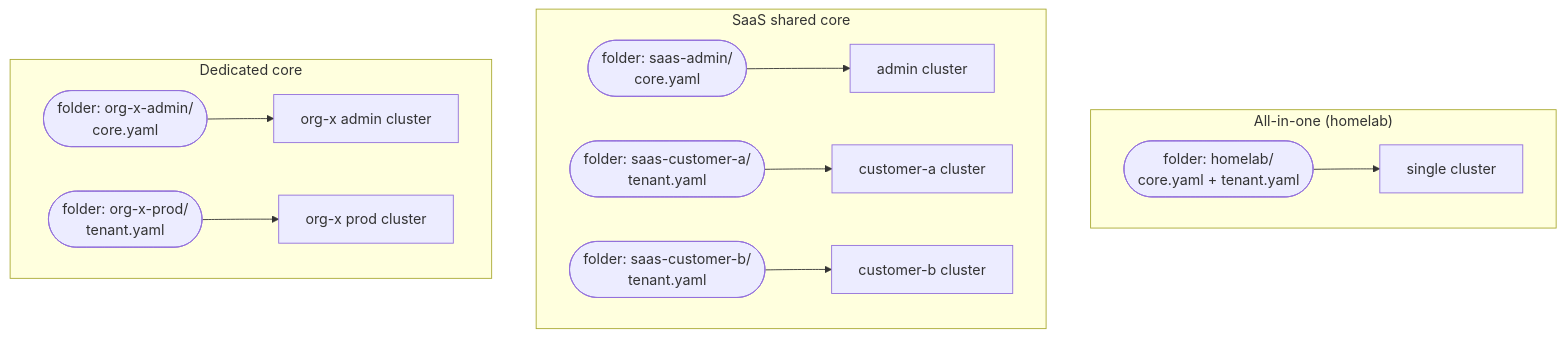
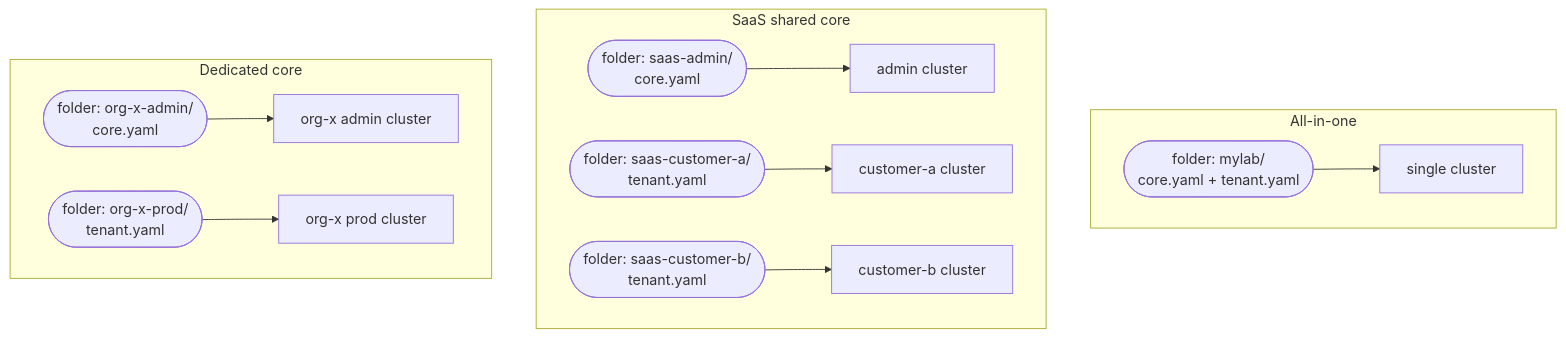
The third of 3 diagrams in docs/03-installation.md (this-is-tobi/ohmlab), drawn with Mermaid before and after one commit. The commit also changed other lines of this file and 11 other files, not shown here.

````diff
--- a/docs/03-installation.md
+++ b/docs/03-installation.md
@@ -485,15 +485,15 @@
 ```mermaid
 flowchart TB
-    subgraph t1["All-in-one (homelab)"]
-        h1(["folder: homelab/<br/>core.yaml + tenant.yaml"]) --> c1["single cluster"]
+    subgraph t1["All-in-one"]
+        h1(["folder: mylab/<br/>core.yaml + tenant.yaml"]) --> c1["single cluster"]
     end
     subgraph t2["SaaS shared core"]
         a2(["folder: saas-admin/<br/>core.yaml"]) --> ca["admin cluster"]
         b2a(["folder: saas-customer-a/<br/>tenant.yaml"]) --> cca["customer-a cluster"]
         b2b(["folder: saas-customer-b/<br/>tenant.yaml"]) --> ccb["customer-b cluster"]
     end
     subgraph t3["Dedicated core"]
         a3(["folder: org-x-admin/<br/>core.yaml"]) --> ox1["org-x admin cluster"]
         b3(["folder: org-x-prod/<br/>tenant.yaml"]) --> ox2["org-x prod cluster"]
     end
 ```
````
